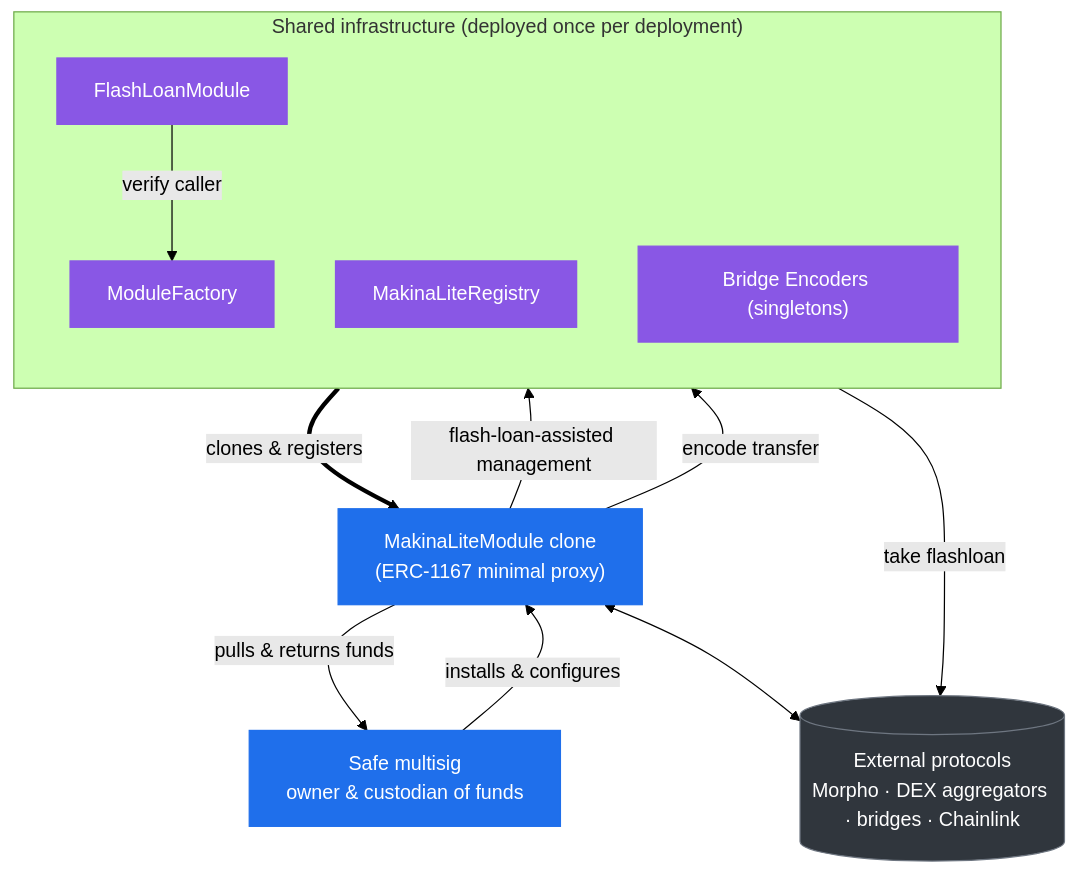
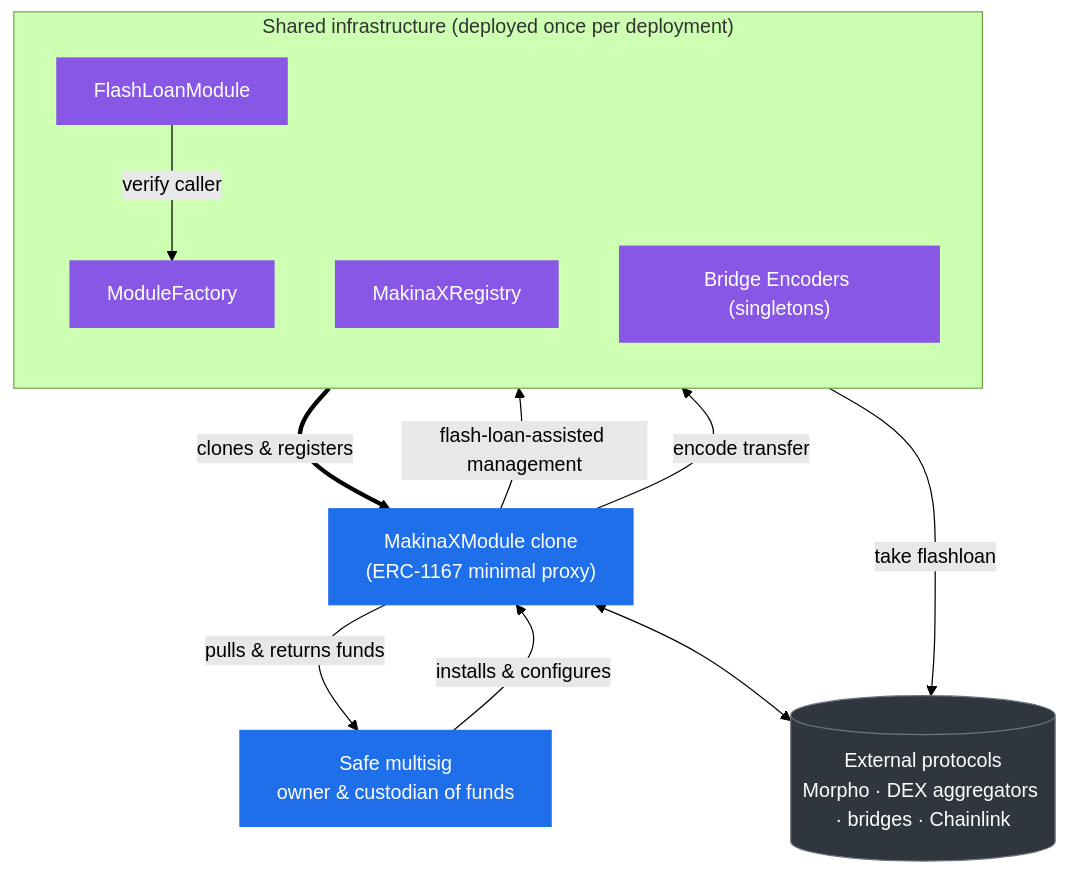
One commit to MakinaHQ/x-docs changed the diagram in src/pages/contracts/index.md. Above: the diagram before and after it, drawn with Mermaid (forest theme). The commit also changed other lines of this file and 57 other files, not shown here.

````diff
--- a/src/pages/contracts/index.md
+++ b/src/pages/contracts/index.md
@@ -14,30 +14,30 @@
 ```mermaid
 flowchart TB
     subgraph Shared["Shared infrastructure (deployed once per deployment)"]
         direction TB
         Factory["ModuleFactory"]:::infra
-        Registry["MakinaLiteRegistry"]:::infra
+        Registry["MakinaXRegistry"]:::infra
         FLM["FlashLoanModule"]:::infra
         Encoders["Bridge Encoders (singletons)"]:::infra
     end
 
     Safe["Safe multisig<br/>owner &amp; custodian of funds"]:::core
-    Module["MakinaLiteModule clone<br/>(ERC-1167 minimal proxy)"]:::core
+    Module["MakinaXModule clone<br/>(ERC-1167 minimal proxy)"]:::core
     Ext[(External protocols<br/>Morpho · DEX aggregators · bridges · Chainlink)]:::ext
 
     Factory == "clones &amp; registers" ==> Module
     Safe -- "installs &amp; configures" --> Module
     Module -- "pulls &amp; returns funds" --> Safe
     Module -- "flash-loan-assisted management" --> FLM
     Module -- "encode transfer" --> Encoders
     FLM -- "verify caller" --> Factory
     FLM -- "take flashloan" --> Ext
     Module <--> Ext
 
     %% invisible link keeps Registry on the top row, beside the factory
     Registry ~~~ Module
 
     classDef core fill:#1f6feb,stroke:#1f6feb,color:#fff;
     classDef infra fill:#8957e5,stroke:#8957e5,color:#fff;
     classDef ext fill:#30363d,stroke:#6e7681,color:#fff;
 ```
````
